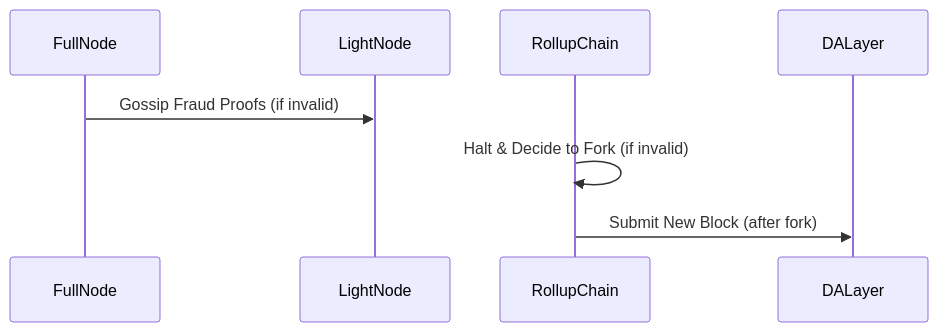
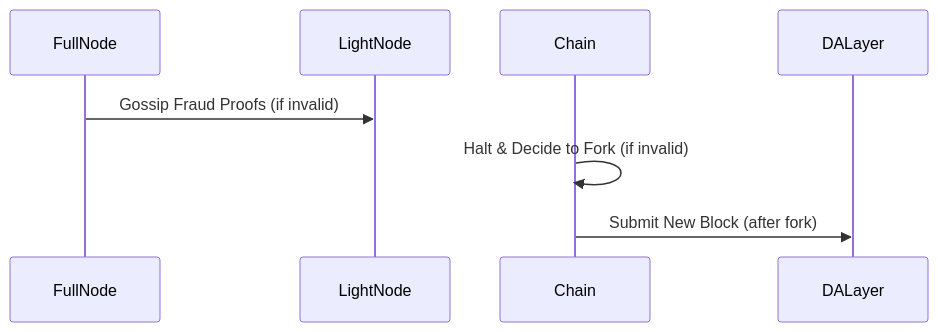
The fourth of 4 diagrams in learn/transaction-flow.md (rollkit/docs), drawn with Mermaid before and after one commit. The commit also changed other lines of this file and 12 other files, not shown here.

````diff
--- a/learn/transaction-flow.md
+++ b/learn/transaction-flow.md
@@ -56,10 +56,10 @@
 ```mermaid
 sequenceDiagram
     participant FullNode
     participant LightNode
-    participant RollupChain
+    participant Chain
 
     FullNode->>LightNode: Gossip Fraud Proofs (if invalid)
-    RollupChain->>RollupChain: Halt & Decide to Fork (if invalid)
-    RollupChain->>DALayer: Submit New Block (after fork)
+    Chain->>Chain: Halt & Decide to Fork (if invalid)
+    Chain->>DALayer: Submit New Block (after fork)
 ```
````
